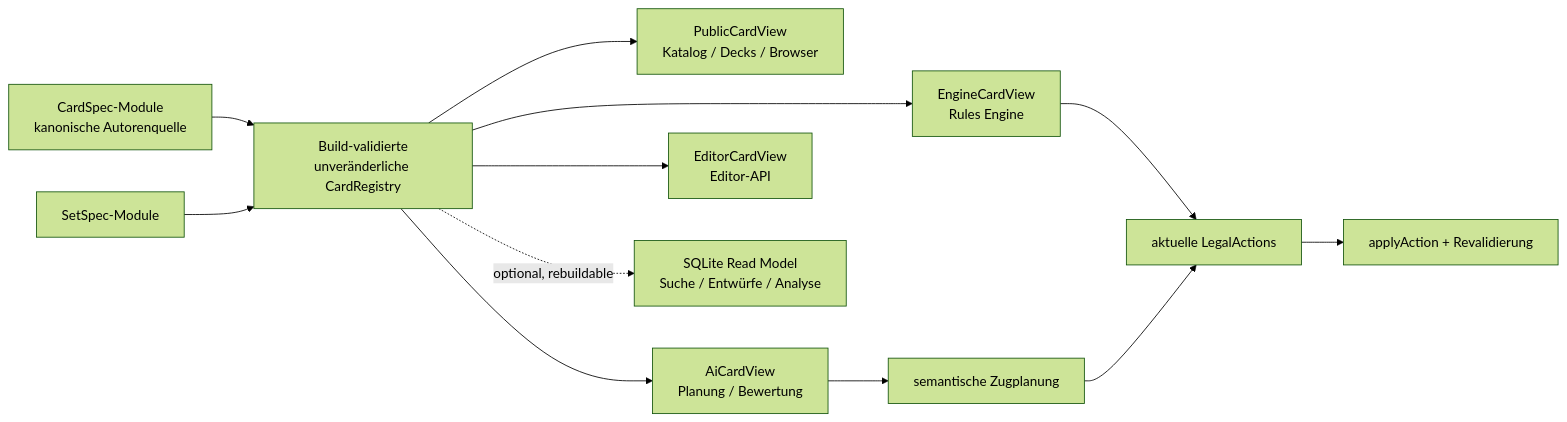
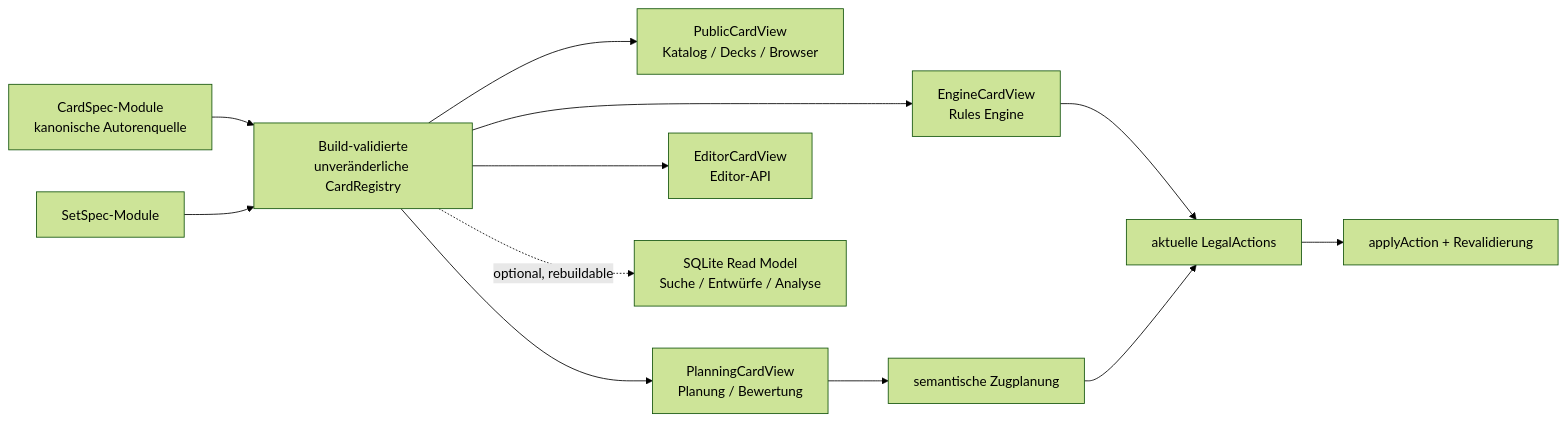
The diagram in docs/architecture/central-card-specification-and-registry-target-state-2026-08-09.md (LevelX2/NETGRID), drawn with Mermaid (forest theme) before and after one commit. The commit also changed other lines of this file and 1 other file, not shown here.

Commit message:
docs(architecture): freeze central card specification target

````diff
--- a/docs/architecture/central-card-specification-and-registry-target-state-2026-08-09.md
+++ b/docs/architecture/central-card-specification-and-registry-target-state-2026-08-09.md
@@ -210,14 +224,14 @@
 ```mermaid
 flowchart LR
     A["CardSpec-Module\nkanonische Autorenquelle"] --> B["Build-validierte\nunveränderliche CardRegistry"]
     S["SetSpec-Module"] --> B
     B --> P["PublicCardView\nKatalog / Decks / Browser"]
     B --> E["EngineCardView\nRules Engine"]
-    B --> I["AiCardView\nPlanung / Bewertung"]
+    B --> I["PlanningCardView\nPlanung / Bewertung"]
     B --> D["EditorCardView\nEditor-API"]
     B -. "optional, rebuildable" .-> Q["SQLite Read Model\nSuche / Entwürfe / Analyse"]
     E --> L["aktuelle LegalActions"]
     I --> R["semantische Zugplanung"]
     R --> L
     L --> X["applyAction + Revalidierung"]
 ```
````
